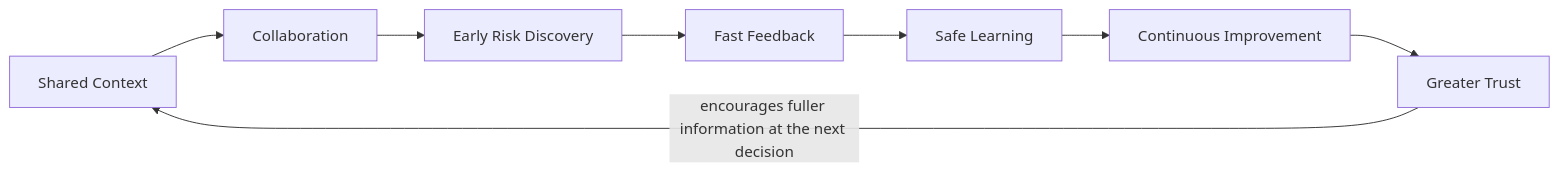
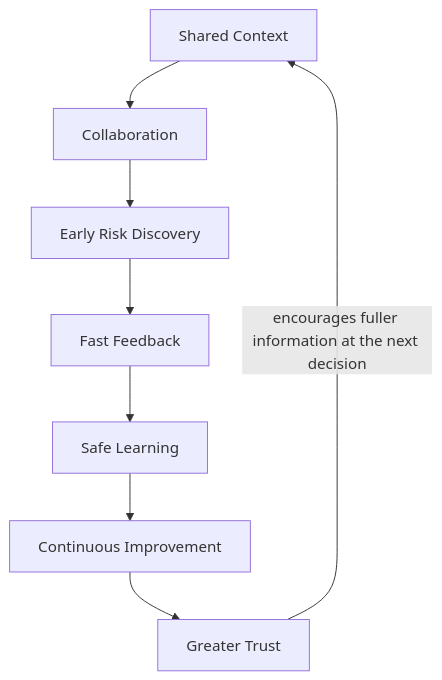
The diagram in diagrams/chapter-07-quality-culture-flywheel.md (Tunde-Babs/Modern-Software-Quality-Engineering), drawn with Mermaid before and after one commit. The commit also changed other lines of this file and 11 other files, not shown here.

````diff
--- a/diagrams/chapter-07-quality-culture-flywheel.md
+++ b/diagrams/chapter-07-quality-culture-flywheel.md
@@ -36,13 +36,13 @@
 ```mermaid
-flowchart LR
+flowchart TB
     Context[Shared Context]
     Collaboration[Collaboration]
     Discovery[Early Risk Discovery]
     Feedback[Fast Feedback]
     Learning[Safe Learning]
     Improvement[Continuous Improvement]
     Trust[Greater Trust]
 
     Context --> Collaboration --> Discovery --> Feedback --> Learning --> Improvement --> Trust
     Trust -->|encourages fuller information at the next decision| Context
 ```
````
